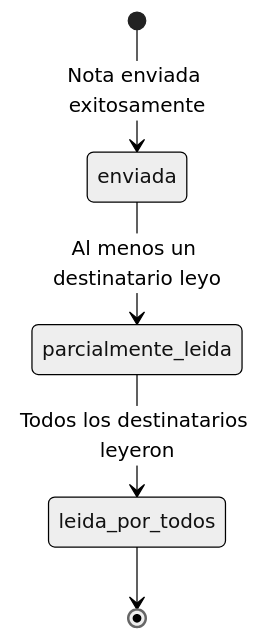
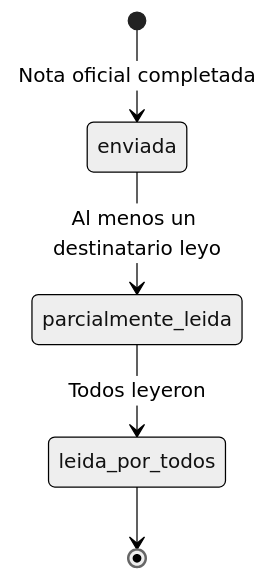
The third of 3 diagrams in docs/notas/estados-y-acciones.md (GestionDocumentalInteligente/Docs-Site), drawn with Mermaid (neutral theme) before and after one commit. The commit also changed other lines of this file and 4 other files, not shown here.

````diff
--- a/docs/notas/estados-y-acciones.md
+++ b/docs/notas/estados-y-acciones.md
@@ -33,7 +49,7 @@
 ```mermaid
 stateDiagram-v2
-    [*] --> enviada: Nota enviada exitosamente
+    [*] --> enviada: Nota oficial completada
     enviada --> parcialmente_leida: Al menos un destinatario leyo
-    parcialmente_leida --> leida_por_todos: Todos los destinatarios leyeron
+    parcialmente_leida --> leida_por_todos: Todos leyeron
     leida_por_todos --> [*]
 ```
````
